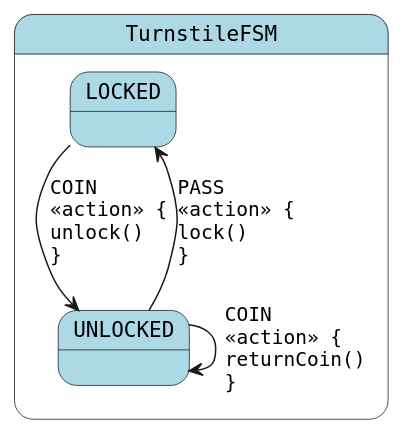
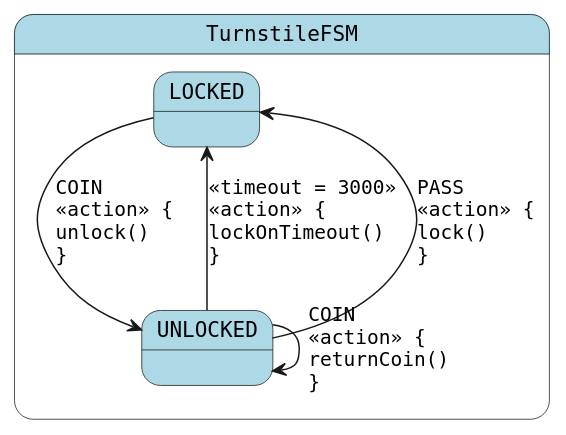
One commit to open-jumpco/kfsm-android changed the diagram in app/generated/turnstile.plantuml. Above: the diagram before and after it, drawn with PlantUML. The commit also changed 7 other files, not shown here.

```diff
--- a/app/generated/turnstile.plantuml
+++ b/app/generated/turnstile.plantuml
@@ -1,12 +1,13 @@
 @startuml
 skinparam StateFontName Helvetica
 skinparam defaultFontName Monospaced
 skinparam state {
     BackgroundColor LightBlue
 }
 state TurnstileFSM {
 LOCKED --> UNLOCKED : COIN\l<<action>> {\lunlock()\l}
+UNLOCKED --> LOCKED : <<timeout = 3000>>\l<<action>> {\llockOnTimeout()\l}
 UNLOCKED --> LOCKED : PASS\l<<action>> {\llock()\l}
 UNLOCKED --> UNLOCKED : COIN\l<<action>> {\lreturnCoin()\l}
 }
 @enduml
```
